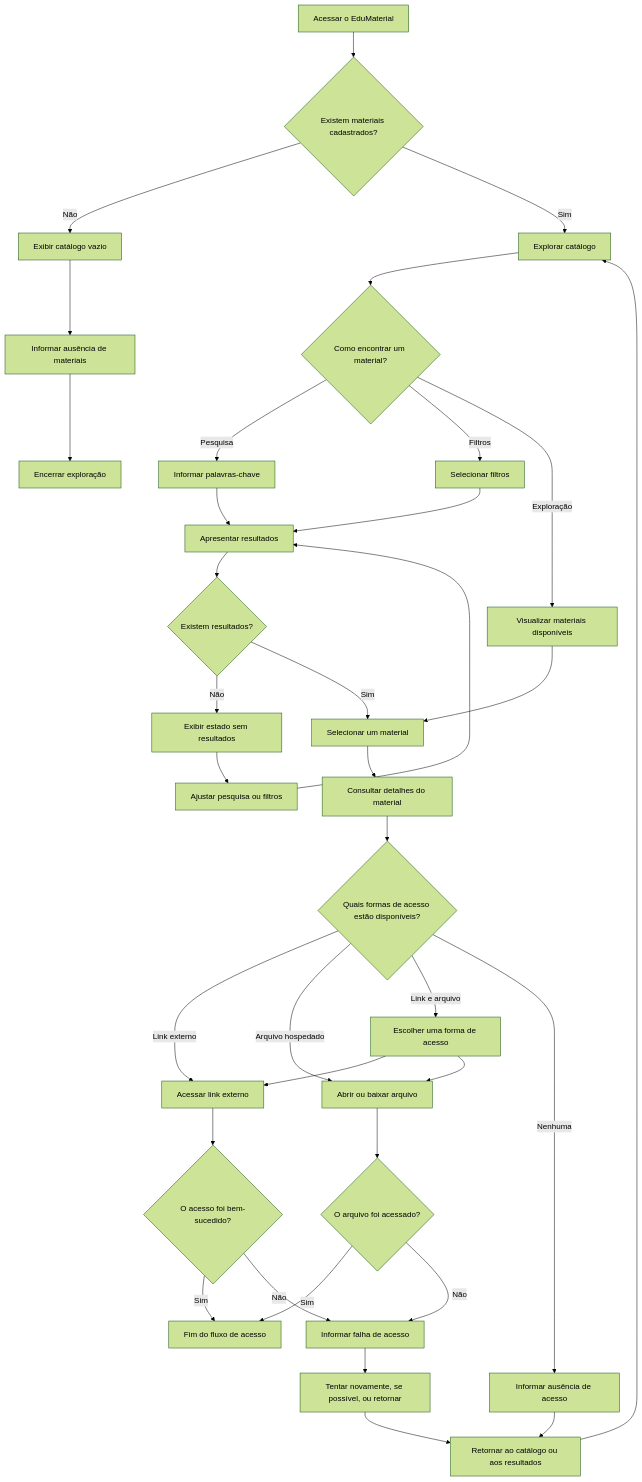
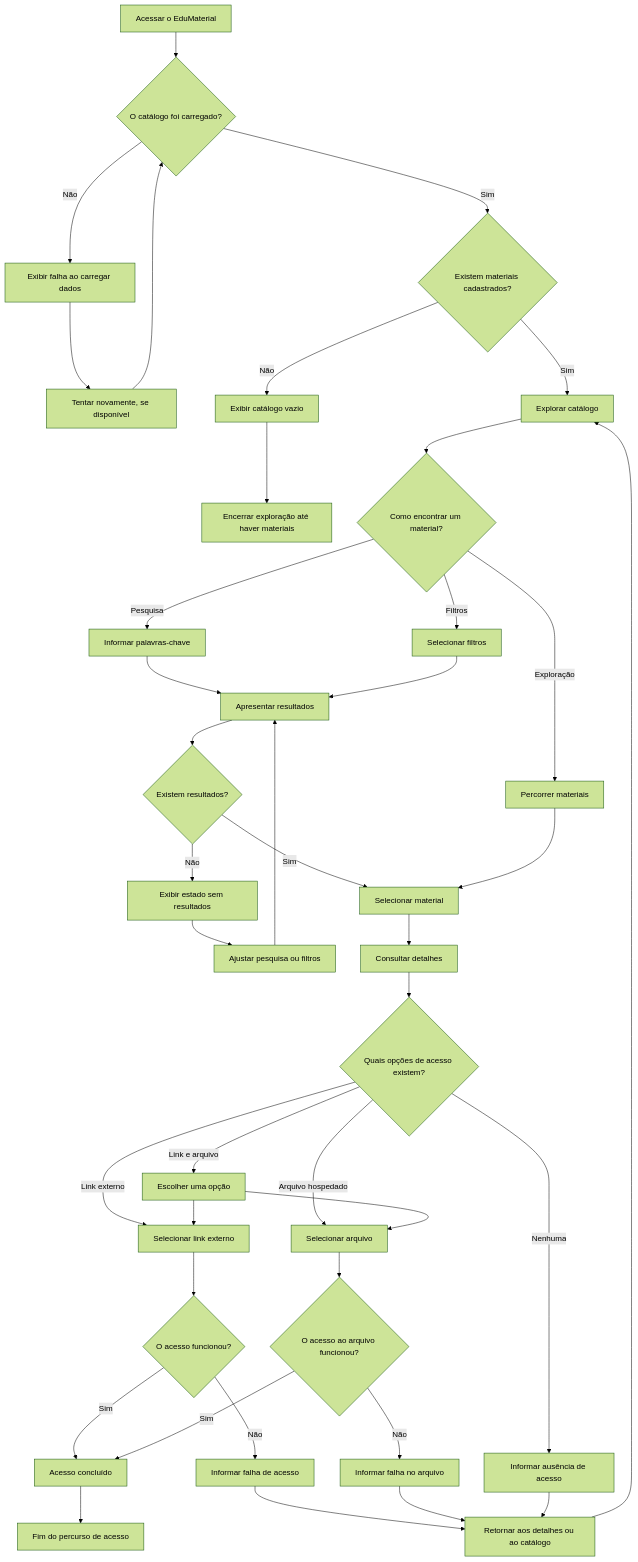
One commit to pedroalbuqu3rque/edumaterial_1 changed the diagram in docs/ux-ui/user-flow.md. Above: the diagram before and after it, drawn with Mermaid (forest theme). The commit also changed other lines of this file, not shown here.

Commit message:
user-flow.md

````diff
--- a/docs/ux-ui/user-flow.md
+++ b/docs/ux-ui/user-flow.md
@@ -34,50 +33,56 @@
 ```mermaid
 flowchart TD
-    A["Acessar o EduMaterial"] --> B{"Existem materiais cadastrados?"}
+    A["Acessar o EduMaterial"] --> B{"O catálogo foi carregado?"}
 
-    B -->|Não| C["Exibir catálogo vazio"]
-    C --> D["Informar ausência de materiais"]
-    D --> E["Encerrar exploração"]
+    B -->|Não| C["Exibir falha ao carregar dados"]
+    C --> D["Tentar novamente, se disponível"]
+    D --> B
 
-    B -->|Sim| F["Explorar catálogo"]
+    B -->|Sim| E{"Existem materiais cadastrados?"}
 
-    F --> G{"Como encontrar um material?"}
-    G -->|Pesquisa| H["Informar palavras-chave"]
-    G -->|Filtros| I["Selecionar filtros"]
-    G -->|Exploração| J["Visualizar materiais disponíveis"]
+    E -->|Não| F["Exibir catálogo vazio"]
+    F --> G["Encerrar exploração até haver materiais"]
 
-    H --> K["Apresentar resultados"]
-    I --> K
+    E -->|Sim| H["Explorar catálogo"]
+    H --> I{"Como encontrar um material?"}
 
-    K --> L{"Existem resultados?"}
-    L -->|Não| M["Exibir estado sem resultados"]
-    M --> N["Ajustar pesquisa ou filtros"]
-    N --> K
+    I -->|Pesquisa| J["Informar palavras-chave"]
+    I -->|Filtros| K["Selecionar filtros"]
+    I -->|Exploração| L["Percorrer materiais"]
 
-    L -->|Sim| O["Selecionar um material"]
-    J --> O
+    J --> M["Apresentar resultados"]
+    K --> M
 
-    O --> P["Consultar detalhes do material"]
-    P --> Q{"Quais formas de acesso estão disponíveis?"}
+    M --> N{"Existem resultados?"}
+    N -->|Não| O["Exibir estado sem resultados"]
+    O --> P["Ajustar pesquisa ou filtros"]
+    P --> M
 
-    Q -->|Link externo| R["Acessar link externo"]
-    Q -->|Arquivo hospedado| S["Abrir ou baixar arquivo"]
-    Q -->|Link e arquivo| T["Escolher uma forma de acesso"]
-    Q -->|Nenhuma| U["Informar ausência de acesso"]
+    N -->|Sim| Q["Selecionar material"]
+    L --> Q
 
-    T --> R
-    T --> S
+    Q --> R["Consultar detalhes"]
+    R --> S{"Quais opções de acesso existem?"}
 
-    R --> V{"O acesso foi bem-sucedido?"}
-    S --> W{"O arquivo foi acessado?"}
+    S -->|Link externo| T["Selecionar link externo"]
+    S -->|Arquivo hospedado| U["Selecionar arquivo"]
+    S -->|Link e arquivo| V["Escolher uma opção"]
+    S -->|Nenhuma| W["Informar ausência de acesso"]
 
-    V -->|Sim| X["Fim do fluxo de acesso"]
-    V -->|Não| Y["Informar falha de acesso"]
-    W -->|Sim| X
-    W -->|Não| Y
+    V --> T
+    V --> U
 
-    U --> Z["Retornar ao catálogo ou aos resultados"]
-    Y --> AA["Tentar novamente, se possível, ou retornar"]
-    AA --> Z
-    Z --> F
+    T --> X{"O acesso funcionou?"}
+    U --> Y{"O acesso ao arquivo funcionou?"}
+
+    X -->|Sim| Z["Acesso concluído"]
+    X -->|Não| AA["Informar falha de acesso"]
+    Y -->|Sim| Z
+    Y -->|Não| AB["Informar falha no arquivo"]
+
+    AA --> AC["Retornar aos detalhes ou ao catálogo"]
+    AB --> AC
+    W --> AC
+    Z --> AD["Fim do percurso de acesso"]
+    AC --> H
 ```
````
